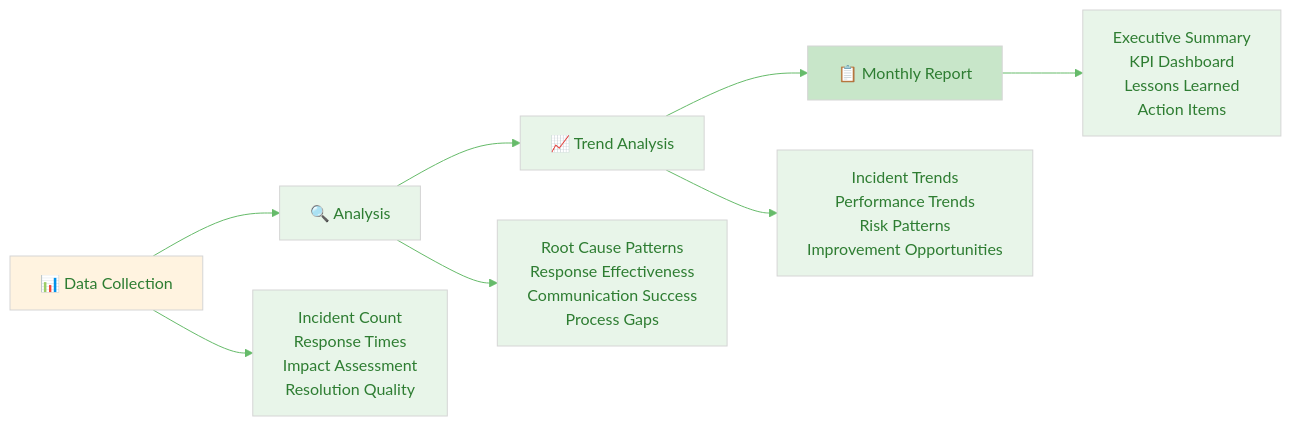
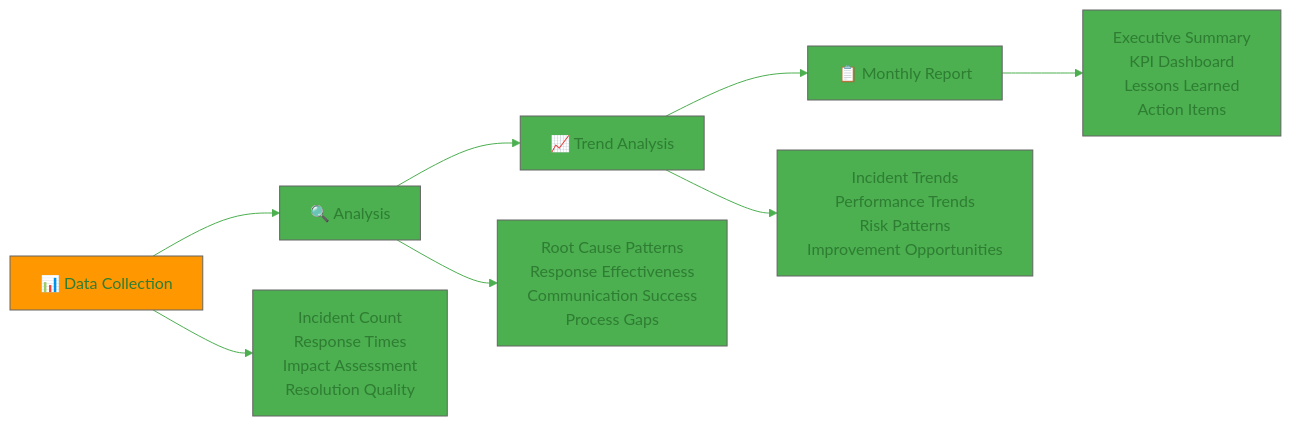
Before and after one commit to Hack23/ISMS-PUBLIC: diagram 13 of 13 in Incident_Response_Plan.md, drawn with Mermaid. The commit also changed other lines of this file and 35 other files, not shown here.

````diff
--- a/Incident_Response_Plan.md
+++ b/Incident_Response_Plan.md
@@ -523,27 +1084,27 @@
 ```mermaid
 %%{
   init: {
     'theme': 'base',
     'themeVariables': {
-      'primaryColor': '#e8f5e9',
+      'primaryColor': '#4CAF50',
       'primaryTextColor': '#2e7d32',
-      'lineColor': '#66bb6a'
+      'lineColor': '#4CAF50'
     }
   }
 }%%
 graph LR
     COLLECT[📊 Data Collection] --> ANALYZE[🔍 Analysis]
     ANALYZE --> TRENDS[📈 Trend Analysis]
     TRENDS --> REPORT[📋 Monthly Report]
     
     COLLECT --> C1[Incident Count<br/>Response Times<br/>Impact Assessment<br/>Resolution Quality]
     
     ANALYZE --> A1[Root Cause Patterns<br/>Response Effectiveness<br/>Communication Success<br/>Process Gaps]
     
     TRENDS --> T1[Incident Trends<br/>Performance Trends<br/>Risk Patterns<br/>Improvement Opportunities]
     
     REPORT --> R1[Executive Summary<br/>KPI Dashboard<br/>Lessons Learned<br/>Action Items]
     
-    style COLLECT fill:#fff3e0
-    style REPORT fill:#c8e6c9
+    style COLLECT fill:#FF9800
+    style REPORT fill:#4CAF50
 ```
````
